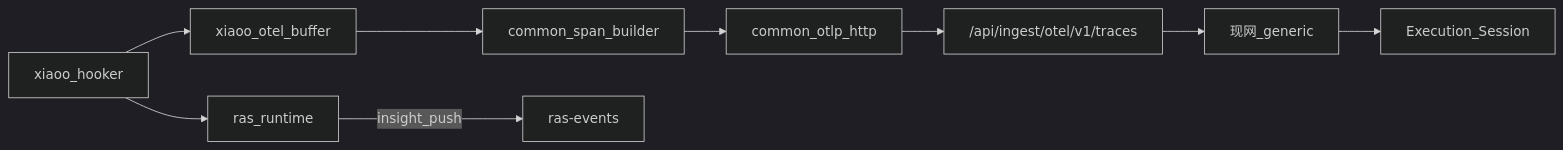
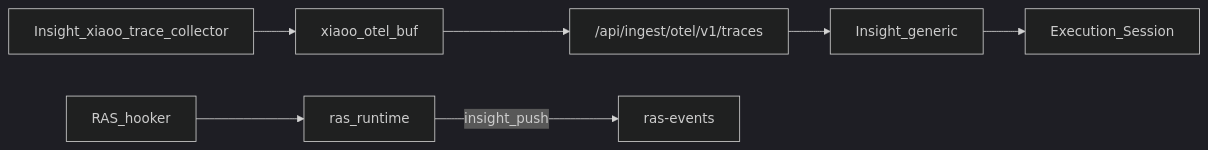
The diagram in docs/agent-ras/designs/features/xiaoo-observe-ingest.md (openeuler-mirror/agent-insight), drawn with Mermaid (dark theme) before and after one commit. The commit also changed other lines of this file and 8 other files, not shown here.

First line of the commit message:
docs: 钉死 xiaoo ⓪/①/③ 归属且 RAS/FI 不做 Trace

````diff
--- a/docs/agent-ras/designs/features/xiaoo-observe-ingest.md
+++ b/docs/agent-ras/designs/features/xiaoo-observe-ingest.md
@@ -22,11 +23,9 @@
 ```mermaid
 flowchart LR
-  Hooker[xiaoo_hooker] --> RAS[ras_runtime]
-  Hooker --> Buf[xiaoo_otel_buffer]
-  Buf --> Builder[common_span_builder]
-  Builder --> HTTP[common_otlp_http]
-  HTTP --> OTel["/api/ingest/otel/v1/traces"]
+  RasHook[RAS_hooker] --> RAS[ras_runtime]
+  InsCol[Insight_xiaoo_trace_collector] --> Buf[xiaoo_otel_buf]
+  Buf --> OTel["/api/ingest/otel/v1/traces"]
   RAS -->|insight_push| RasAPI[ras-events]
-  OTel --> Generic[现网_generic]
+  OTel --> Generic[Insight_generic]
   Generic --> Exec[Execution_Session]
 ```
````
